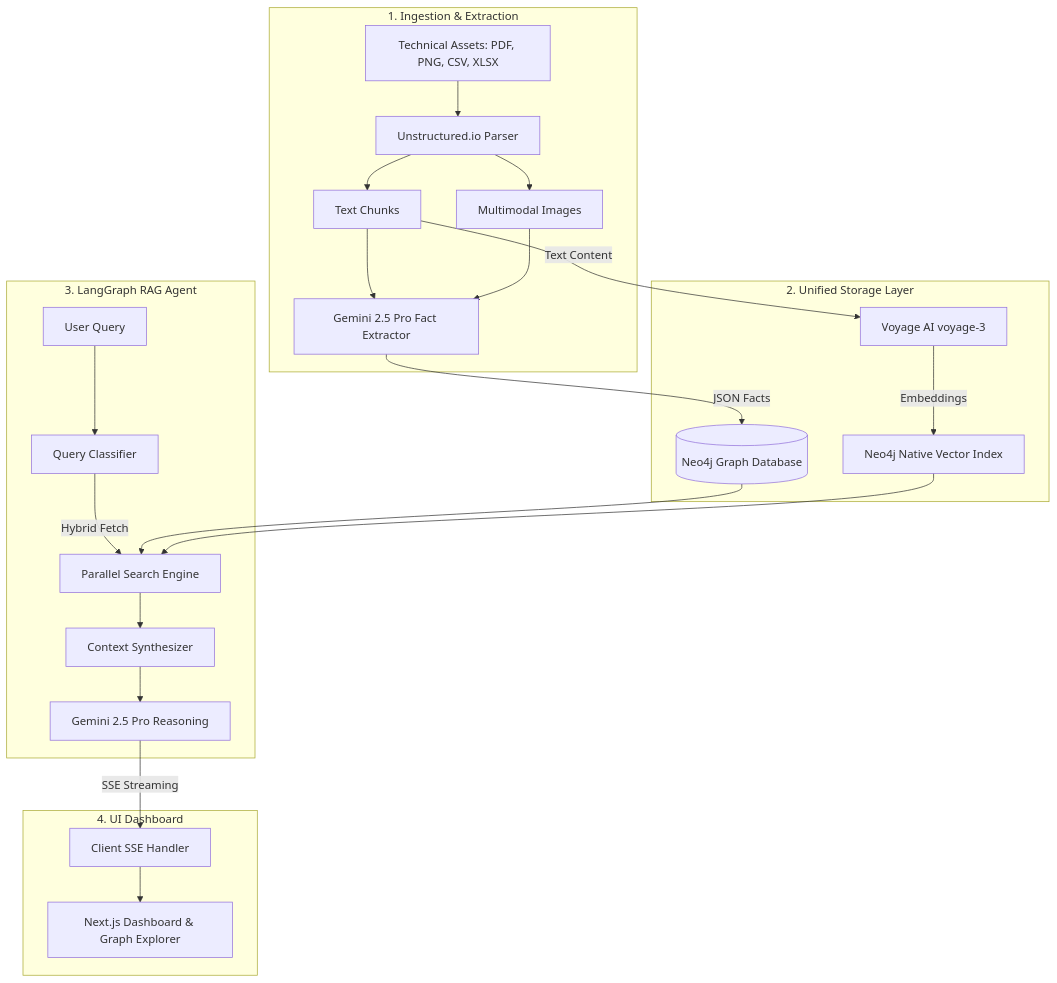
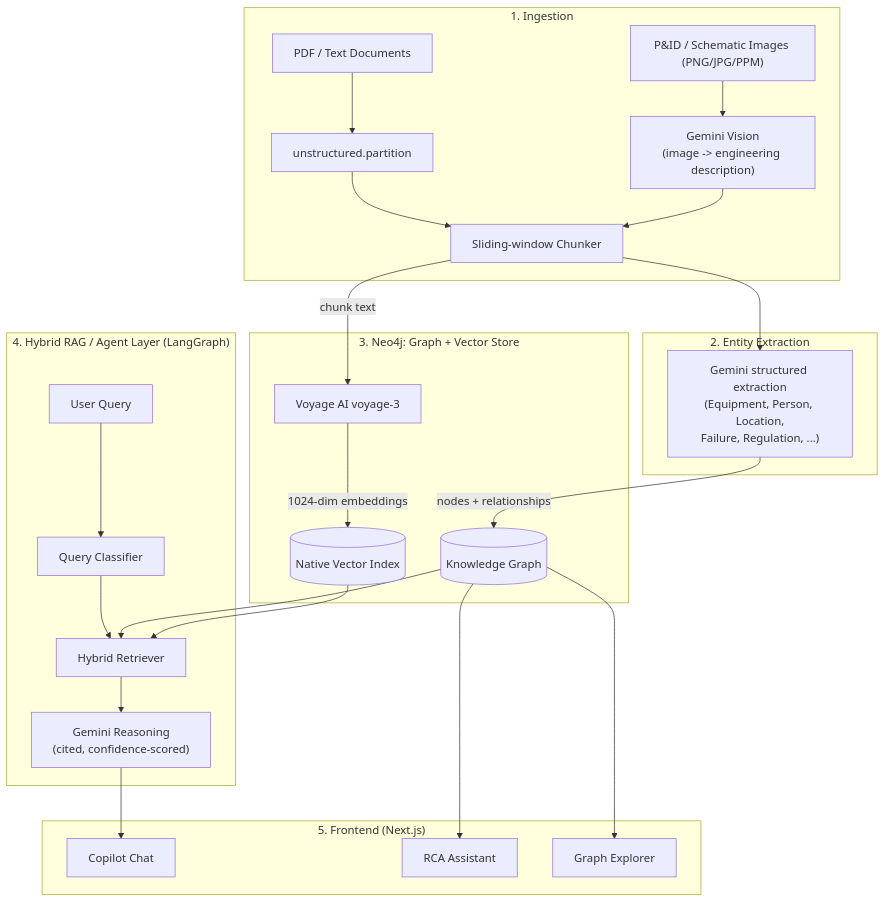
Before and after one commit to Alexprinse/Project_E: the diagram in README.md, drawn with Mermaid. The commit also changed other lines of this file and 29 other files, not shown here.

Commit message:
feat: implement persistent ingestion job management, system statistics endpoints, and graph-explorer context enhancements.

````diff
--- a/README.md
+++ b/README.md
@@ -36,28 +29,33 @@
 ```mermaid
 flowchart TD
-    subgraph Ingestion [1. Ingestion & Extraction]
-        Docs[Technical Assets: PDF, PNG, CSV, XLSX] --> Parser[Unstructured.io Parser]
-        Parser --> Chunks[Text Chunks]
-        Parser --> Vis[Multimodal Images]
-        Chunks & Vis --> GeminiExt[Gemini 2.5 Pro Fact Extractor]
+    subgraph Ingestion ["1. Ingestion"]
+        PDF[PDF / Text Documents] --> Unstructured[unstructured.partition]
+        PNID["P&ID / Schematic Images (PNG/JPG/PPM)"] --> Vision["Gemini Vision\n(image -> engineering description)"]
+        Unstructured --> Chunker[Sliding-window Chunker]
+        Vision --> Chunker
     end
 
-    subgraph Storage [2. Unified Storage Layer]
-        GeminiExt -->|JSON Facts| Neo4jGraph[(Neo4j Graph Database)]
-        Chunks -->|Text Content| VoyageAI[Voyage AI voyage-3]
-        VoyageAI -->|Embeddings| Neo4jVector[Neo4j Native Vector Index]
+    subgraph Extraction ["2. Entity Extraction"]
+        Chunker --> Gemini["Gemini structured extraction\n(Equipment, Person, Location,\nFailure, Regulation, ...)"]
     end
 
-    subgraph AgenticRAG [3. LangGraph RAG Agent]
-        Query[User Query] --> Intent[Query Classifier]
-        Intent -->|Hybrid Fetch| Retriever[Parallel Search Engine]
-        Neo4jGraph & Neo4jVector --> Retriever
-        Retriever --> Prompt[Context Synthesizer]
-        Prompt --> GeminiReason[Gemini 2.5 Pro Reasoning]
+    subgraph Storage ["3. Neo4j: Graph + Vector Store"]
+        Gemini -->|nodes + relationships| Graph[(Knowledge Graph)]
+        Chunker -->|chunk text| Voyage[Voyage AI voyage-3]
+        Voyage -->|1024-dim embeddings| VectorIndex[(Native Vector Index)]
     end
 
-    subgraph Frontend [4. UI Dashboard]
-        GeminiReason -->|SSE Streaming| SSE[Client SSE Handler]
-        SSE --> UI[Next.js Dashboard & Graph Explorer]
+    subgraph Agents ["4. Hybrid RAG / Agent Layer (LangGraph)"]
+        Query[User Query] --> Classify[Query Classifier]
+        Classify --> Retrieve[Hybrid Retriever]
+        Graph --> Retrieve
+        VectorIndex --> Retrieve
+        Retrieve --> Reason["Gemini Reasoning\n(cited, confidence-scored)"]
+    end
+
+    subgraph Frontend ["5. Frontend (Next.js)"]
+        Reason --> Copilot[Copilot Chat]
+        Graph --> RCA[RCA Assistant]
+        Graph --> Explorer[Graph Explorer]
     end
 ```
````
